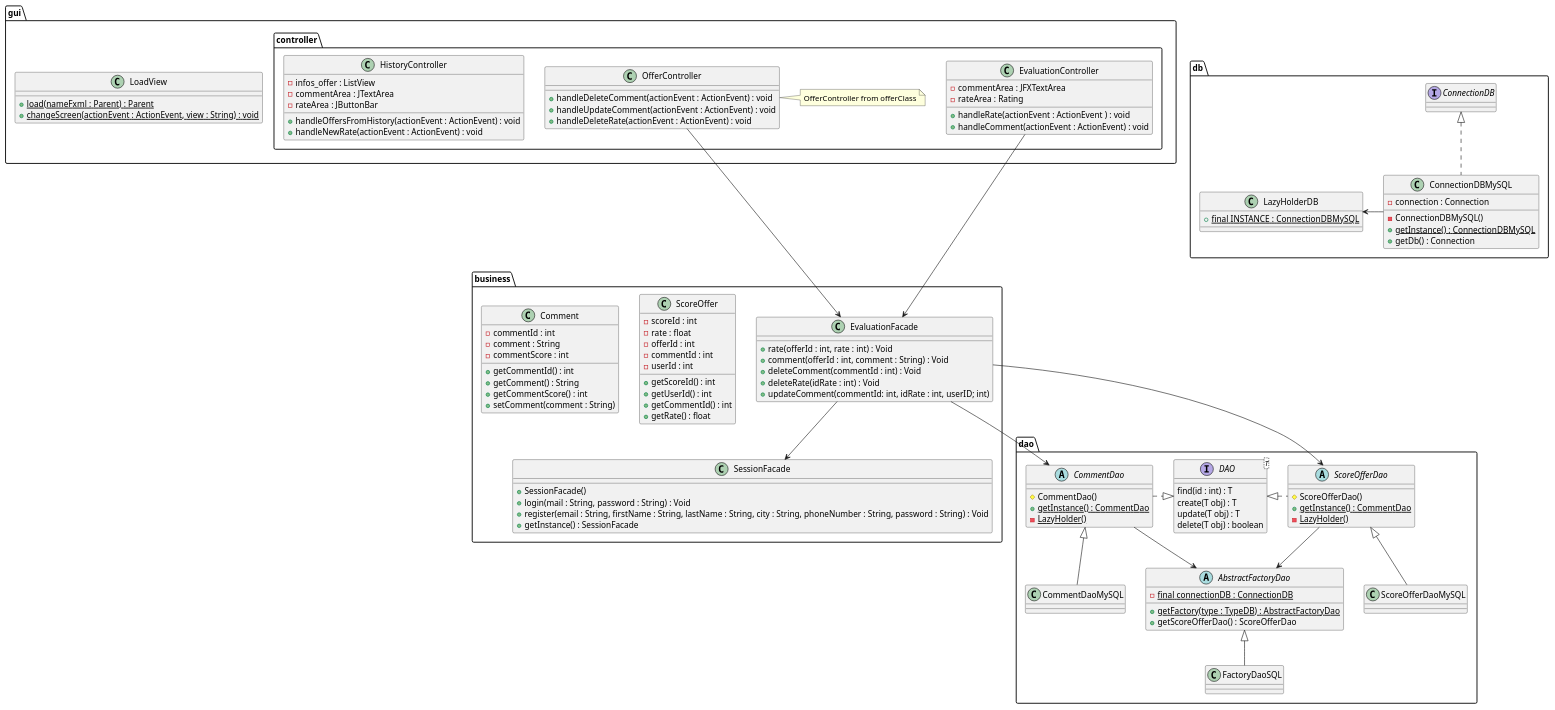
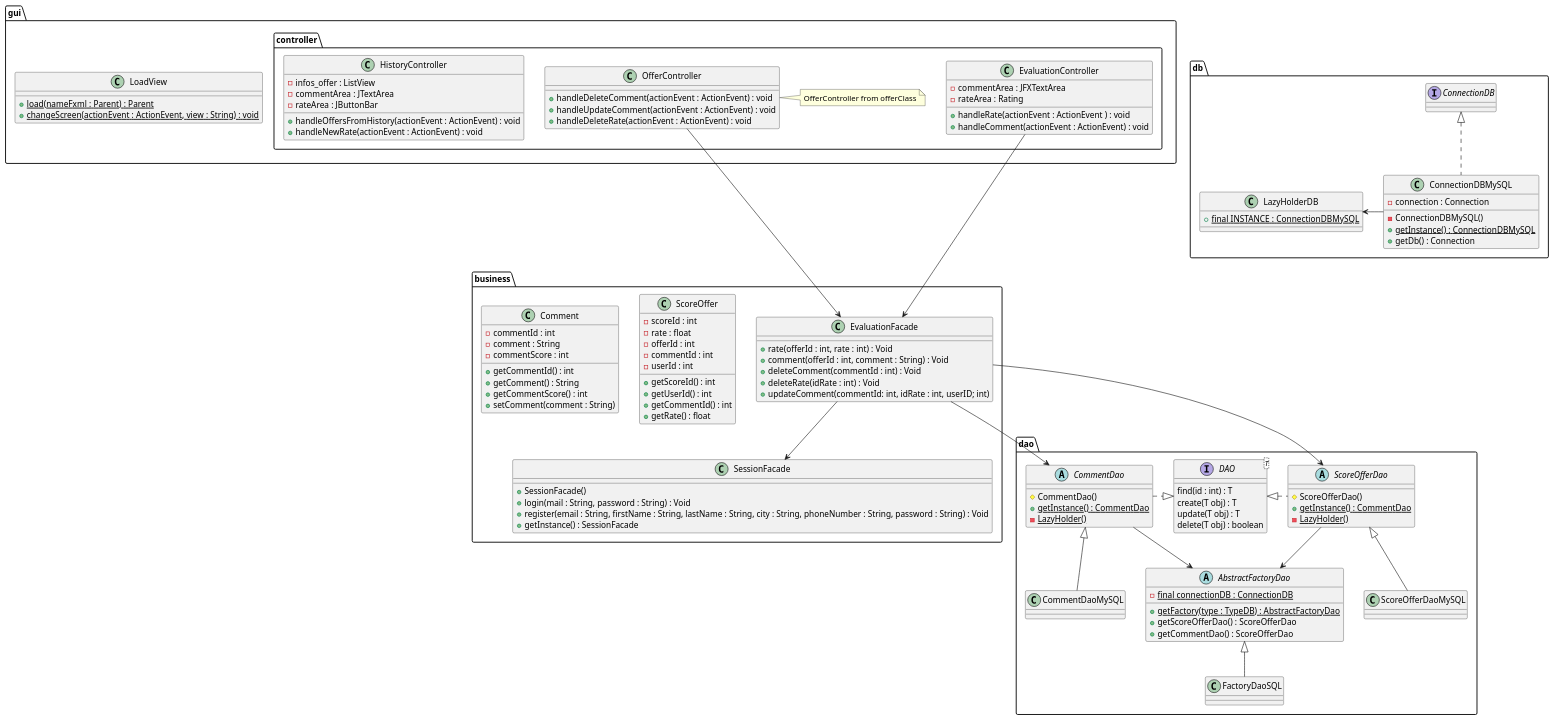
Before and after one commit to LaunoisRemy/ToolShare: the diagram in documents/diagram/evaluation/evaluationClass.puml, drawn with PlantUML. The commit also changed 2 other files, not shown here.

Commit message:
UML : change abstractFactory

```diff
--- a/documents/diagram/evaluation/evaluationClass.puml
+++ b/documents/diagram/evaluation/evaluationClass.puml
@@ -1,142 +1,143 @@
 @startuml
 
 package dao {
 
 
     abstract ScoreOfferDao{
          # ScoreOfferDao()
          + {static} getInstance() : CommentDao
          - {static} LazyHolder()
     }
     class ScoreOfferDaoMySQL
         abstract CommentDao{
          # CommentDao()
          + {static} getInstance() : CommentDao
          - {static} LazyHolder()
     }
     class CommentDaoMySQL
 
     AbstractFactoryDao <|-- FactoryDaoSQL
     ScoreOfferDao <|-- ScoreOfferDaoMySQL
     CommentDao <|-- CommentDaoMySQL
 
     interface DAO<T>{
         find(id : int) : T
         create(T obj) : T
         update(T obj) : T
         delete(T obj) : boolean
     }
 
     abstract AbstractFactoryDao{
         - {static} final connectionDB : ConnectionDB
         + {static} getFactory(type : TypeDB) : AbstractFactoryDao
         + getScoreOfferDao() : ScoreOfferDao
+        + getCommentDao() : ScoreOfferDao
     }
 
     class FactoryDaoSQL{
     }
 
     DAO <|..Right ScoreOfferDao
     DAO <|..left CommentDao
 }
 package db{
     class ConnectionDBMySQL{
         - connection : Connection
         - ConnectionDBMySQL()
         + {static} getInstance() : ConnectionDBMySQL
         + getDb() : Connection
     }
 
     class LazyHolderDB{
         + {static} final INSTANCE : ConnectionDBMySQL
     }
     interface ConnectionDB
     ConnectionDBMySQL -Left-> LazyHolderDB
     ConnectionDBMySQL .up.|> ConnectionDB
 
 }
 package business{
     class SessionFacade{
         + SessionFacade()
         + login(mail : String, password : String) : Void
         + register(email : String, firstName : String, lastName : String, city : String, phoneNumber : String, password : String) : Void
         + getInstance() : SessionFacade
     }
 
     class EvaluationFacade{
         + rate(offerId : int, rate : int) : Void
         + comment(offerId : int, comment : String) : Void
         + deleteComment(commentId : int) : Void
         + deleteRate(idRate : int) : Void
         + updateComment(commentId: int, idRate : int, userID; int)
     }
     class ScoreOffer{
         - scoreId : int
         - rate : float
         - offerId : int
         - commentId : int
         - userId : int
         + getScoreId() : int
         + getUserId() : int
         + getCommentId() : int
         + getRate() : float
     }
 
     class Comment{
     - commentId : int
     - comment : String
     - commentScore : int
     + getCommentId() : int
     + getComment() : String
     + getCommentScore() : int
     + setComment(comment : String)
     }
 }
 
 package gui{
 
     class LoadView{
         + {static} load(nameFxml : Parent) : Parent
         + {static} changeScreen(actionEvent : ActionEvent, view : String) : void
     }
 
     package controller{
 
         class EvaluationController{
             - commentArea : JFXTextArea
             - rateArea : Rating
 
             + handleRate(actionEvent : ActionEvent ) : void
             + handleComment(actionEvent : ActionEvent) : void
 
         }
         class HistoryController{
             - infos_offer : ListView
             - commentArea : JTextArea
             - rateArea : JButtonBar
             + handleOffersFromHistory(actionEvent : ActionEvent) : void
             + handleNewRate(actionEvent : ActionEvent) : void
 
         }
         class OfferController{
             + handleDeleteComment(actionEvent : ActionEvent) : void
             + handleUpdateComment(actionEvent : ActionEvent) : void
             + handleDeleteRate(actionEvent : ActionEvent) : void
 
         }
         note right : OfferController from offerClass
 
     }
 }
 
 EvaluationFacade <--Up- EvaluationController
 EvaluationFacade <--Up- OfferController
 EvaluationFacade --> SessionFacade
 EvaluationFacade --> CommentDao
 EvaluationFacade --> ScoreOfferDao
 CommentDao --> AbstractFactoryDao
 ScoreOfferDao --> AbstractFactoryDao
 
 
 
 @enduml
```
